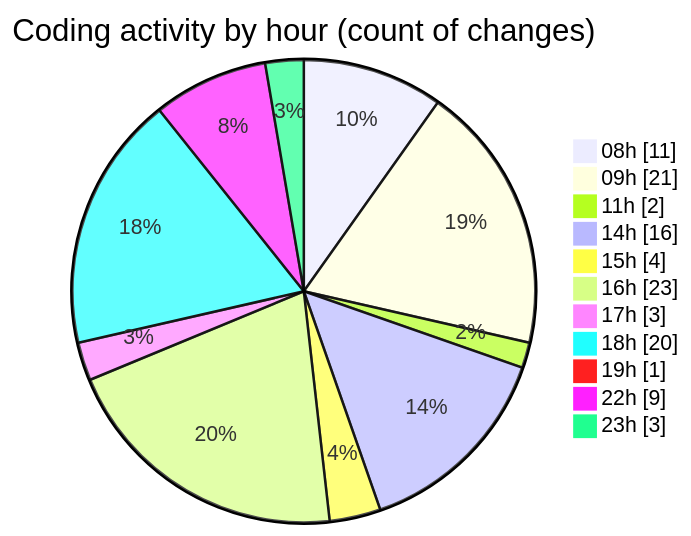
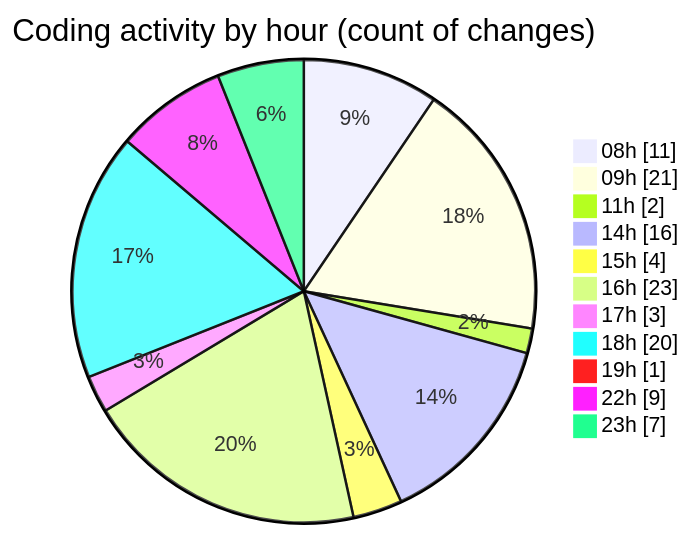
Before and after one commit to julien-gomy/code-tracking: the second of 2 diagrams in 2025-10-13/eventscop-frontend-guide__workspace_/README.md, drawn with Mermaid. The commit also changed other lines of this file and 1 other file, not shown here.

````diff
--- a/2025-10-13/eventscop-frontend-guide__workspace_/README.md
+++ b/2025-10-13/eventscop-frontend-guide__workspace_/README.md
@@ -67,15 +68,15 @@
 ```mermaid
 pie showData
 title Coding activity by hour (count of changes)
 "08h" : 11
 "09h" : 21
 "11h" : 2
 "14h" : 16
 "15h" : 4
 "16h" : 23
 "17h" : 3
 "18h" : 20
 "19h" : 1
 "22h" : 9
-"23h" : 3
+"23h" : 7
 ```
````
